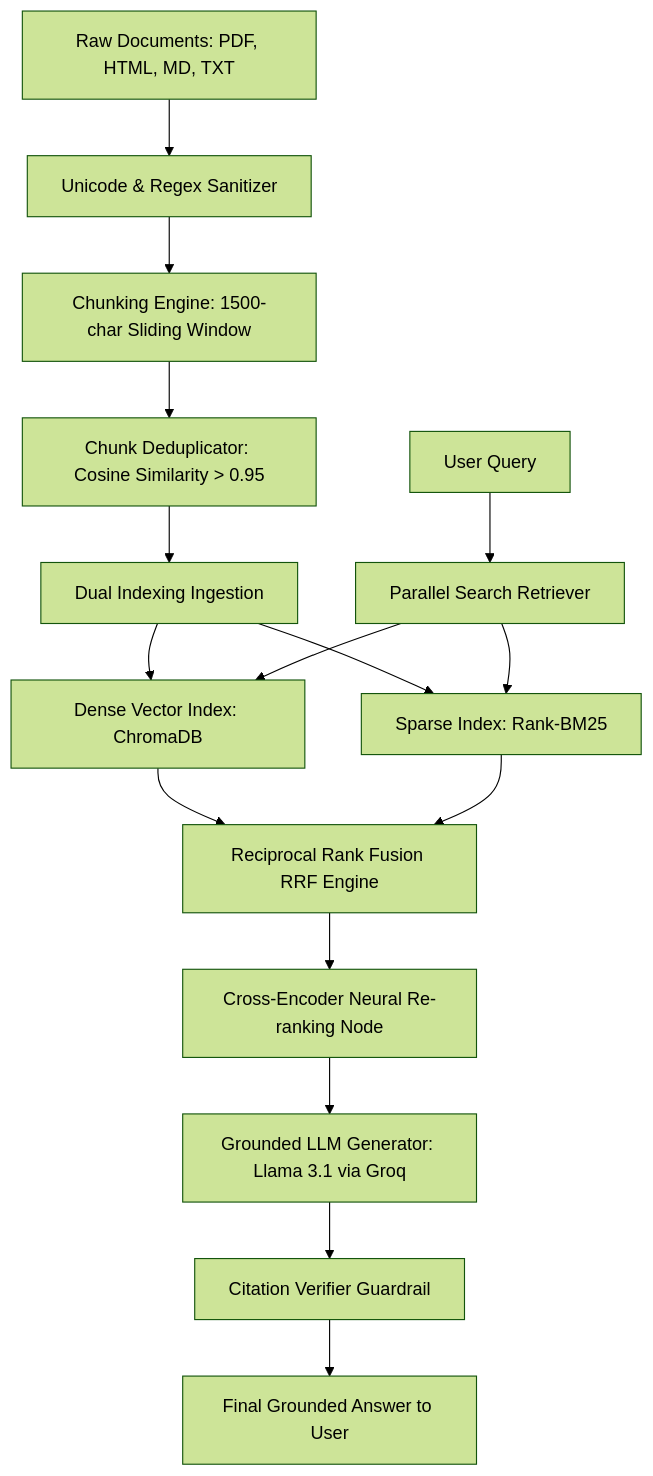
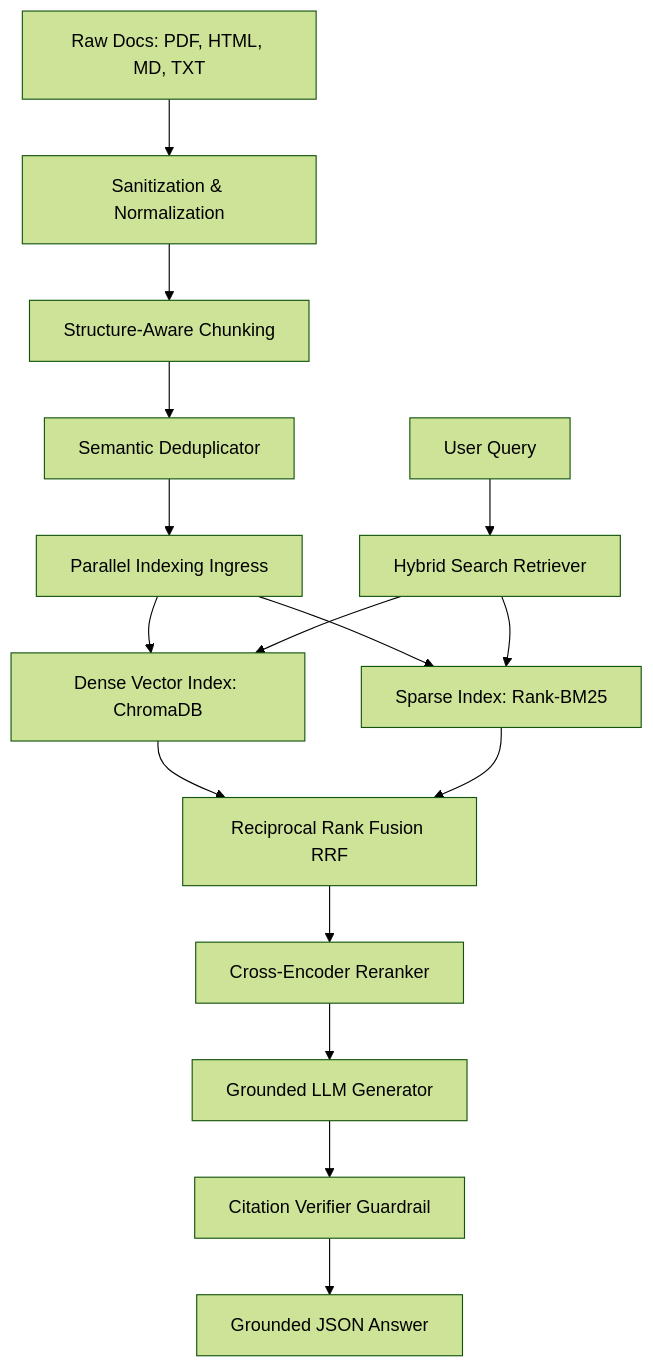
The first of 4 diagrams in README.md (suraj-78/RAG-Pipeline-with-Hybrid-Search-Over-Internal-Docs), drawn with Mermaid (forest theme) before and after one commit. The commit also changed other lines of this file and 18 other files, not shown here.

````diff
--- a/README.md
+++ b/README.md
@@ -36,19 +40,19 @@
 ```mermaid
 graph TD
-    A[Raw Documents: PDF, HTML, MD, TXT] --> B[Unicode & Regex Sanitizer]
-    B --> C[Chunking Engine: 1500-char Sliding Window]
-    C --> D[Chunk Deduplicator: Cosine Similarity > 0.95]
-    D --> E[Dual Indexing Ingestion]
+    A[Raw Docs: PDF, HTML, MD, TXT] --> B[Sanitization & Normalization]
+    B --> C[Structure-Aware Chunking]
+    C --> D[Semantic Deduplicator]
+    D --> E[Parallel Indexing Ingress]
     E --> F[Dense Vector Index: ChromaDB]
     E --> G[Sparse Index: Rank-BM25]
     
-    H[User Query] --> I[Parallel Search Retriever]
+    H[User Query] --> I[Hybrid Search Retriever]
     I --> F
     I --> G
-    F --> J[Reciprocal Rank Fusion RRF Engine]
+    F --> J[Reciprocal Rank Fusion RRF]
     G --> J
-    J --> K[Cross-Encoder Neural Re-ranking Node]
-    K --> L[Grounded LLM Generator: Llama 3.1 via Groq]
+    J --> K[Cross-Encoder Reranker]
+    K --> L[Grounded LLM Generator]
     L --> M[Citation Verifier Guardrail]
-    M --> N[Final Grounded Answer to User]
+    M --> N[Grounded JSON Answer]
 ```
````
